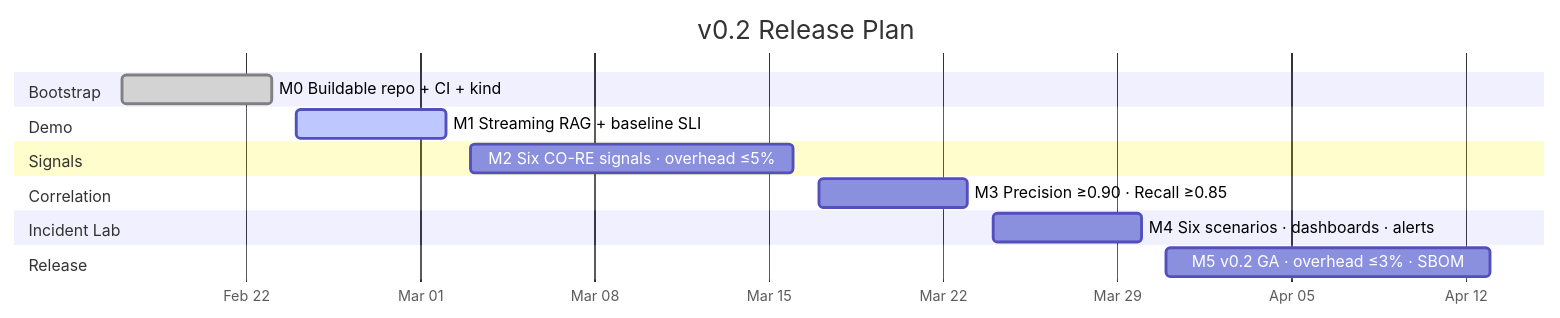
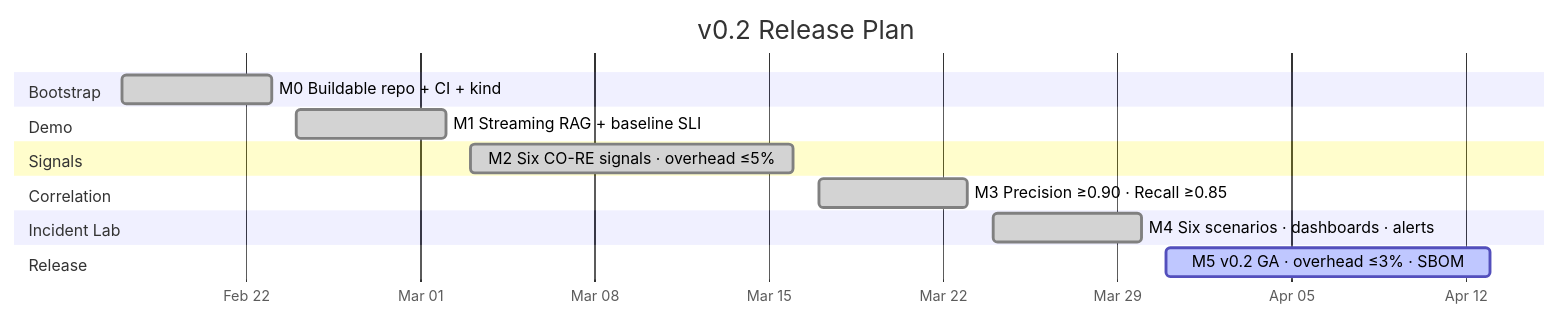
One commit to ogulcanaydogan/llm-slo-ebpf-toolkit changed the tenth of 10 diagrams in README.md. Above: the diagram before and after it, drawn with Mermaid. The commit also changed other lines of this file and 33 other files, not shown here.

````diff
--- a/README.md
+++ b/README.md
@@ -540,24 +540,24 @@
 ```mermaid
 gantt
     title v0.2 Release Plan
     dateFormat  YYYY-MM-DD
     axisFormat  %b %d
 
     section Bootstrap
     M0 Buildable repo + CI + kind          :done, m0, 2026-02-17, 2026-02-23
 
     section Demo
-    M1 Streaming RAG + baseline SLI        :active, m1, 2026-02-24, 2026-03-02
+    M1 Streaming RAG + baseline SLI        :done, m1, 2026-02-24, 2026-03-02
 
     section Signals
-    M2 Six CO-RE signals · overhead ≤5%    :m2, 2026-03-03, 2026-03-16
+    M2 Six CO-RE signals · overhead ≤5%    :done, m2, 2026-03-03, 2026-03-16
 
     section Correlation
-    M3 Precision ≥0.90 · Recall ≥0.85     :m3, 2026-03-17, 2026-03-23
+    M3 Precision ≥0.90 · Recall ≥0.85     :done, m3, 2026-03-17, 2026-03-23
 
     section Incident Lab
-    M4 Six scenarios · dashboards · alerts :m4, 2026-03-24, 2026-03-30
+    M4 Six scenarios · dashboards · alerts :done, m4, 2026-03-24, 2026-03-30
 
     section Release
-    M5 v0.2 GA · overhead ≤3% · SBOM      :m5, 2026-03-31, 2026-04-13
+    M5 v0.2 GA · overhead ≤3% · SBOM      :active, m5, 2026-03-31, 2026-04-13
 ```
````
